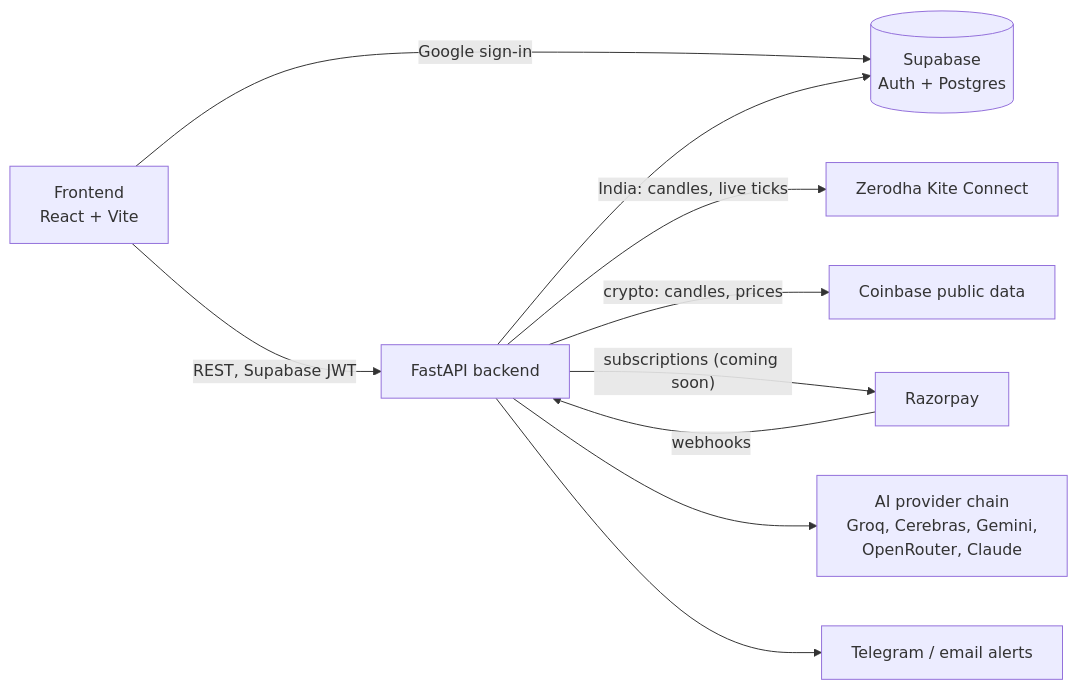
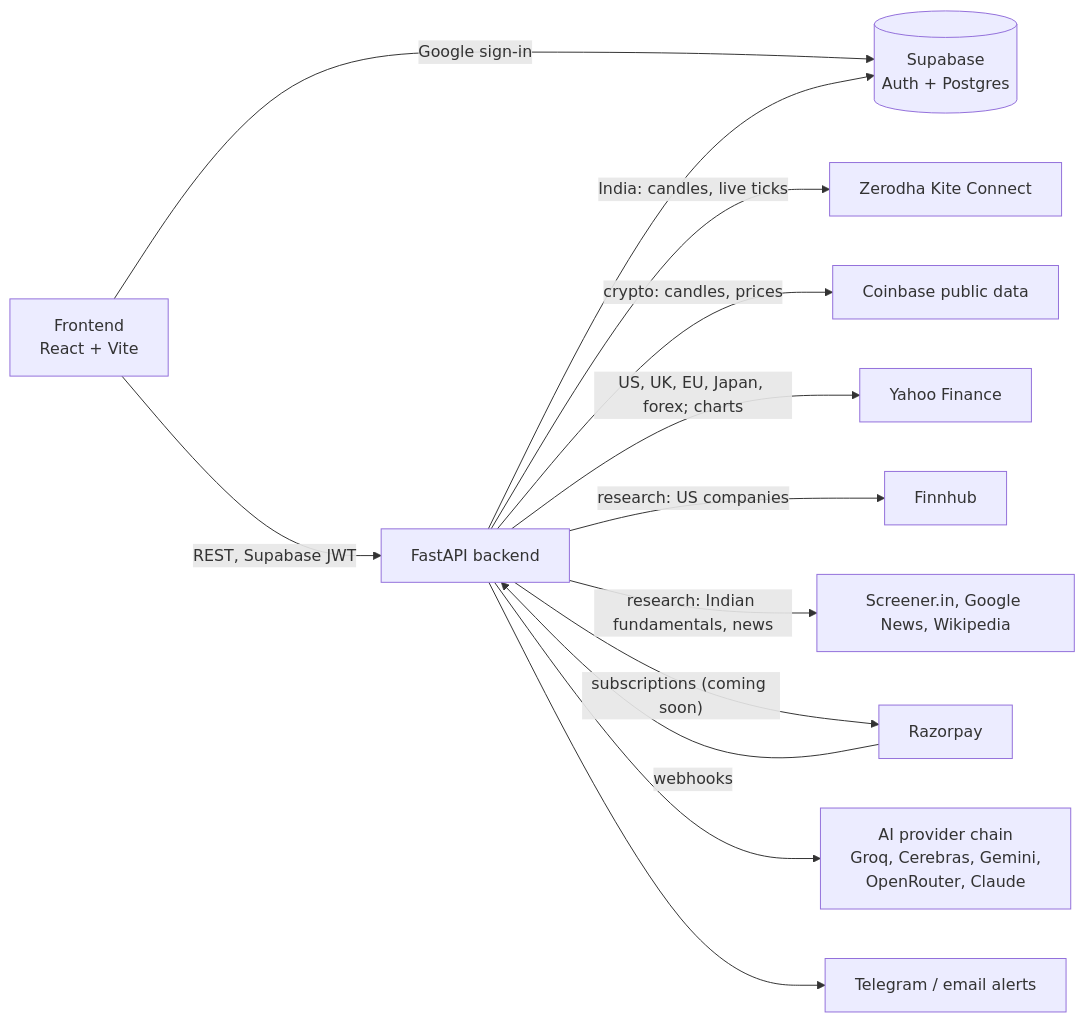
The diagram in README.md (prakul1982/stratlab), drawn with Mermaid before and after one commit. The commit also changed other lines of this file and 57 other files, not shown here.

````diff
--- a/README.md
+++ b/README.md
@@ -81,12 +91,15 @@
 ```mermaid
 flowchart LR
     UI["Frontend<br/>React + Vite"] -- "REST, Supabase JWT" --> API["FastAPI backend"]
     UI -- "Google sign-in" --> SB[("Supabase<br/>Auth + Postgres")]
     API --> SB
     API -- "India: candles, live ticks" --> KITE["Zerodha Kite Connect"]
     API -- "crypto: candles, prices" --> CB["Coinbase public data"]
+    API -- "US, UK, EU, Japan, forex; charts" --> YF["Yahoo Finance"]
+    API -- "research: US companies" --> FH["Finnhub"]
+    API -- "research: Indian fundamentals, news" --> SC["Screener.in, Google News, Wikipedia"]
     API -- "subscriptions (coming soon)" --> RZP["Razorpay"]
     RZP -- "webhooks" --> API
     API --> AI["AI provider chain<br/>Groq, Cerebras, Gemini,<br/>OpenRouter, Claude"]
     API --> ALERT["Telegram / email alerts"]
 ```
````
